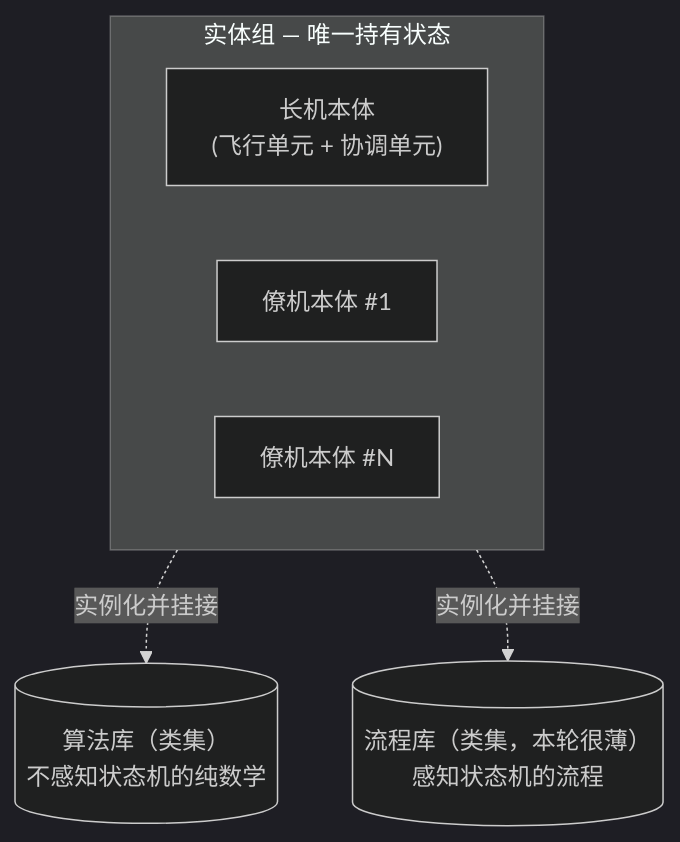
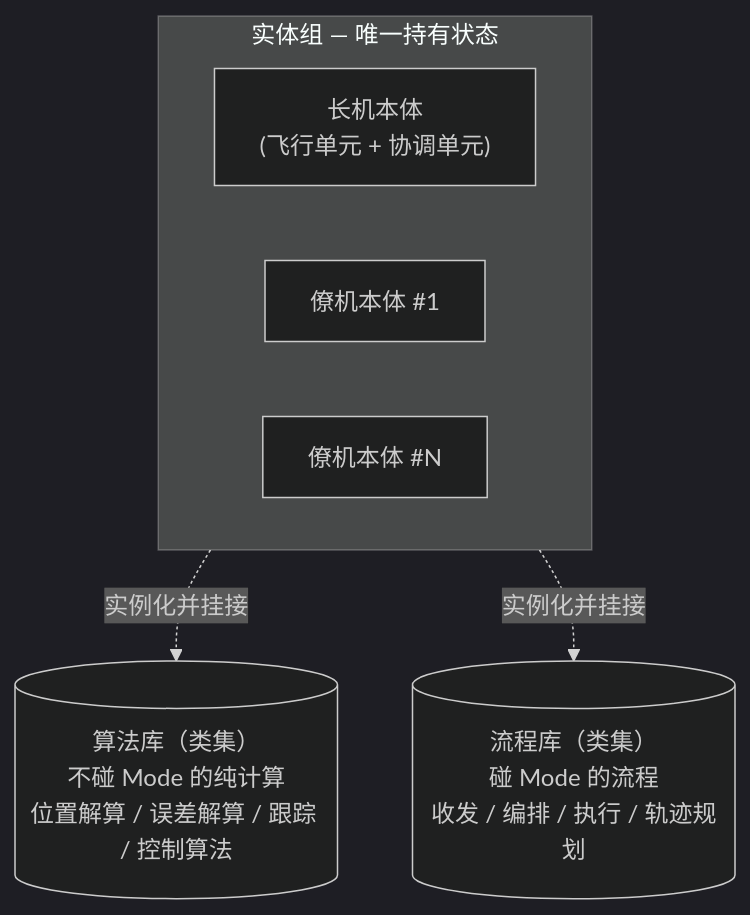
The first of 2 diagrams in docs/3-编队算法设计文档/0-HLD.md (tanqingkuang/-), drawn with Mermaid (dark theme) before and after one commit. The commit also changed other lines of this file and 8 other files, not shown here.

````diff
--- a/docs/3-编队算法设计文档/0-HLD.md
+++ b/docs/3-编队算法设计文档/0-HLD.md
@@ -17,13 +17,13 @@
 ```mermaid
 flowchart TB
     subgraph ENT["实体组 — 唯一持有状态"]
       direction LR
       LE["长机本体<br/>(飞行单元 + 协调单元)"]
       W1["僚机本体 #1"]
       Wn["僚机本体 #N"]
     end
     ENT -. 实例化并挂接 .-> ALGO
     ENT -. 实例化并挂接 .-> FLOW
-    ALGO[("算法库（类集）<br/>不感知状态机的纯数学")]
-    FLOW[("流程库（类集，本轮很薄）<br/>感知状态机的流程")]
+    ALGO[("算法库（类集）<br/>不碰 Mode 的纯计算<br/>位置解算 / 误差解算 / 跟踪 / 控制算法")]
+    FLOW[("流程库（类集）<br/>碰 Mode 的流程<br/>收发 / 编排 / 执行 / 轨迹规划")]
 ```
````
